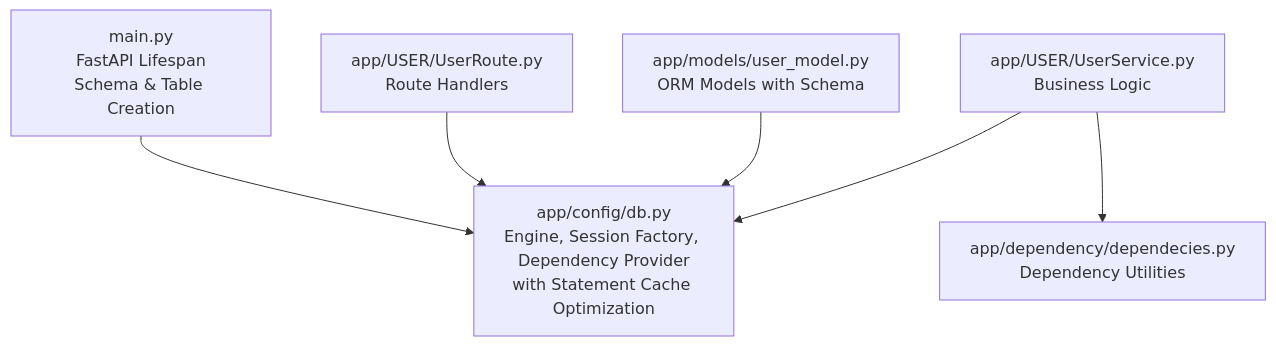
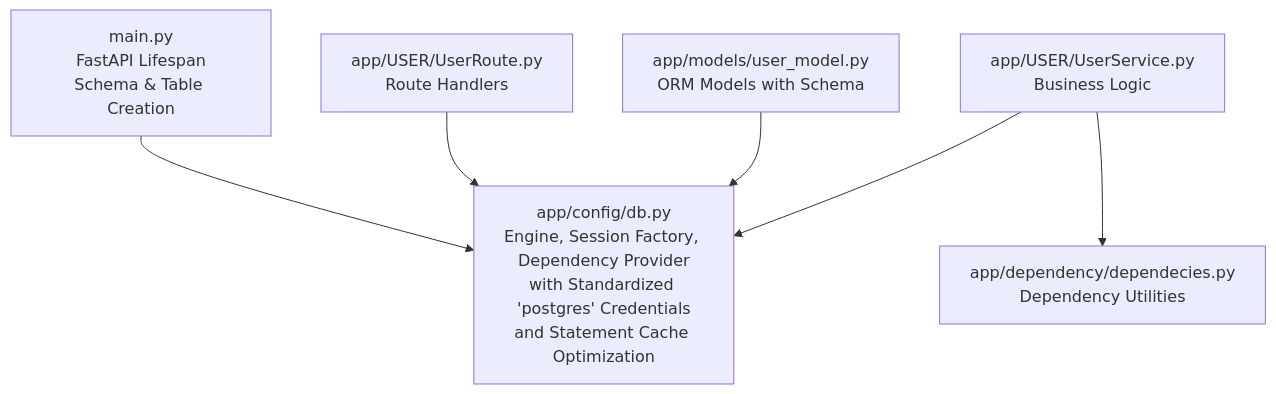
The first of 9 diagrams in .qoder/repowiki/en/content/Advanced Topics/Database Configuration and Connection Management.md (srikant-panda/auth-service), drawn with Mermaid before and after one commit. The commit also changed other lines of this file and 6 other files, not shown here.

````diff
--- a/.qoder/repowiki/en/content/Advanced Topics/Database Configuration and Connection Management.md
+++ b/.qoder/repowiki/en/content/Advanced Topics/Database Configuration and Connection Management.md
@@ -43,14 +47,14 @@
 ```mermaid
 graph TB
-Config["app/config/db.py<br/>Engine, Session Factory, Dependency Provider<br/>with Statement Cache Optimization"]
+Config["app/config/db.py<br/>Engine, Session Factory, Dependency Provider<br/>with Standardized 'postgres' Credentials<br/>and Statement Cache Optimization"]
 Main["main.py<br/>FastAPI Lifespan<br/>Schema & Table Creation"]
 Models["app/models/user_model.py<br/>ORM Models with Schema"]
 Routes["app/USER/UserRoute.py<br/>Route Handlers"]
 Services["app/USER/UserService.py<br/>Business Logic"]
 Deps["app/dependency/dependecies.py<br/>Dependency Utilities"]
 Main --> Config
 Routes --> Config
 Services --> Config
 Services --> Deps
 Models --> Config
 ```
````
